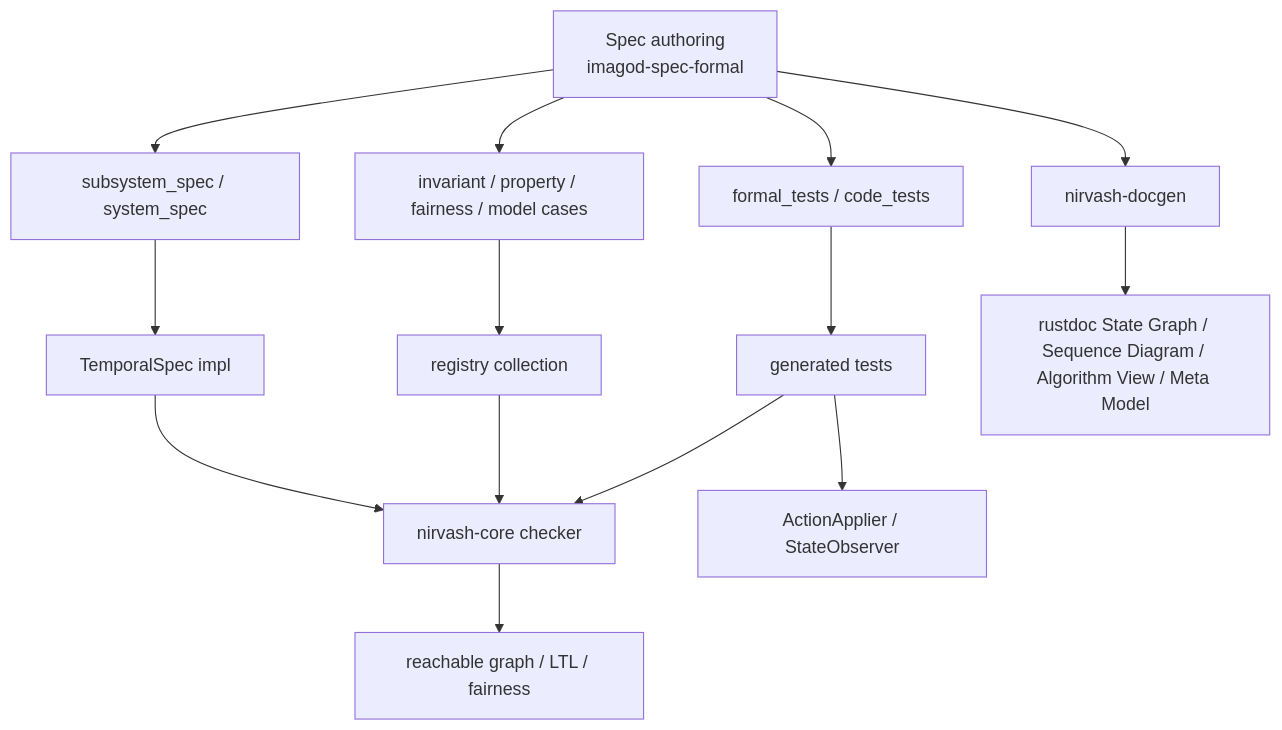
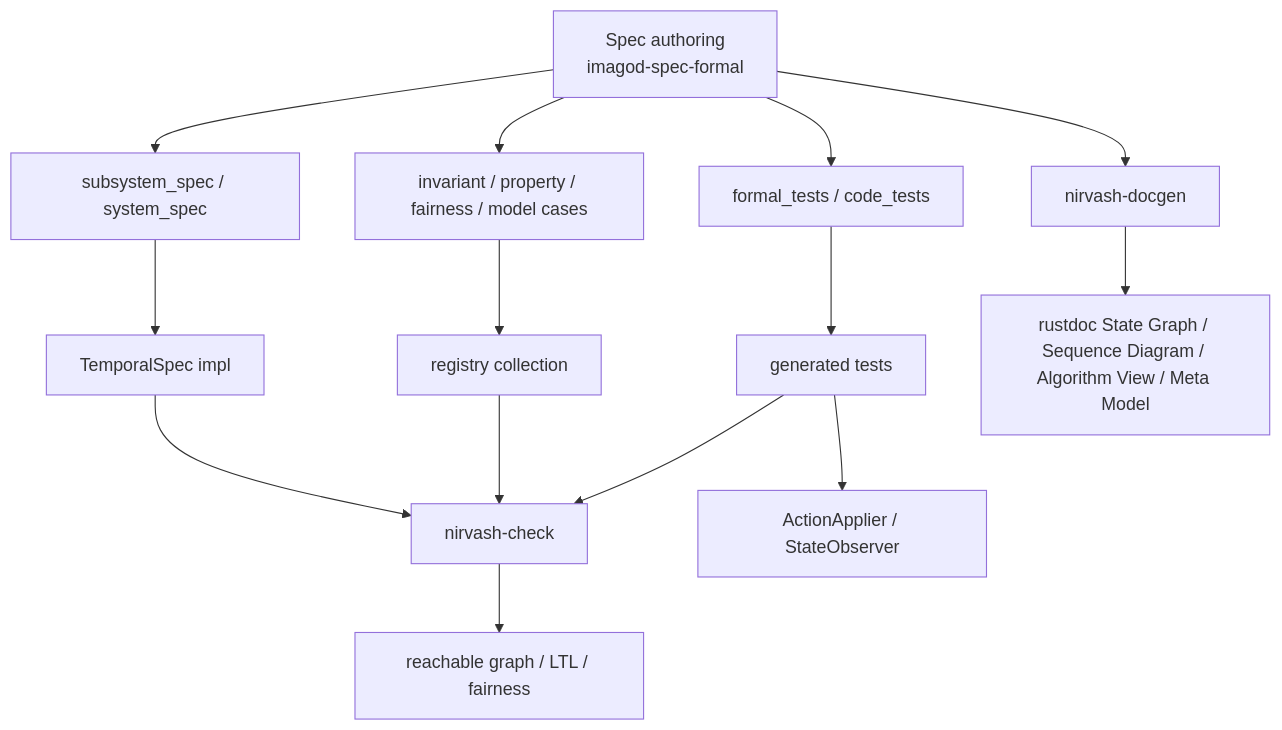
One commit to yieldspace/imago changed the second of 5 diagrams in docs/nirvash-and-imagod-control.md. Above: the diagram before and after it, drawn with Mermaid. The commit also changed other lines of this file and 124 other files, not shown here.

````diff
--- a/docs/nirvash-and-imagod-control.md
+++ b/docs/nirvash-and-imagod-control.md
@@ -57,16 +60,16 @@
 ```mermaid
 flowchart TD
     A["Spec authoring<br/>imagod-spec-formal"] --> B["subsystem_spec / system_spec"]
     A --> C["invariant / property / fairness / model cases"]
     A --> D["formal_tests / code_tests"]
     B --> E["TemporalSpec impl"]
     C --> F["registry collection"]
     D --> G["generated tests"]
-    E --> H["nirvash-core checker"]
+    E --> H["nirvash-check"]
     F --> H
     G --> H
     G --> I["ActionApplier / StateObserver"]
     H --> J["reachable graph / LTL / fairness"]
     A --> K["nirvash-docgen"]
     K --> L["rustdoc State Graph / Sequence Diagram / Algorithm View / Meta Model"]
 ```
````
